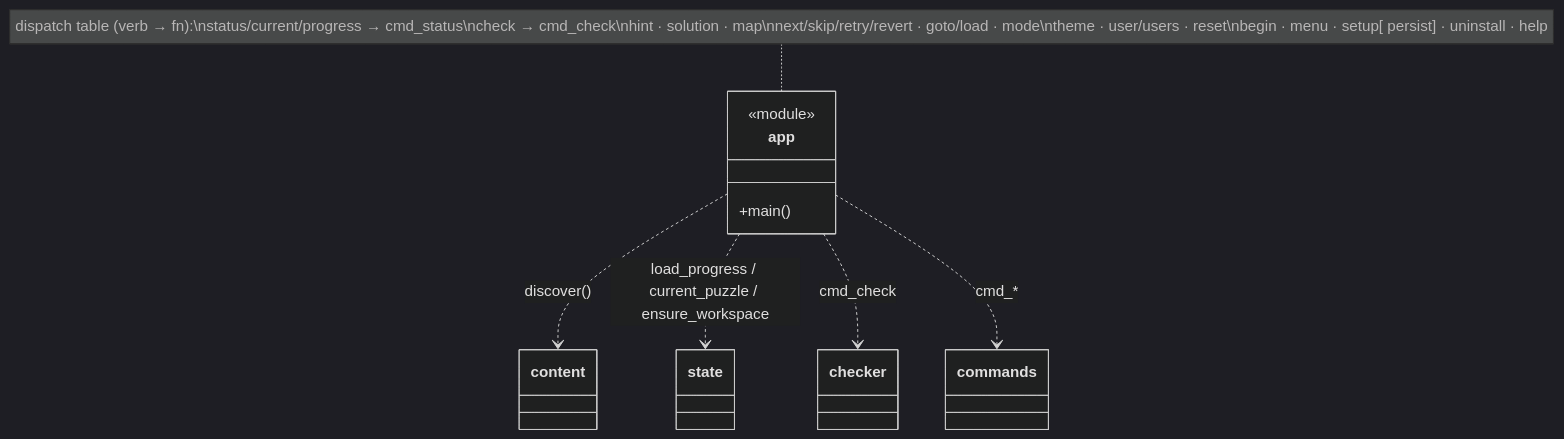
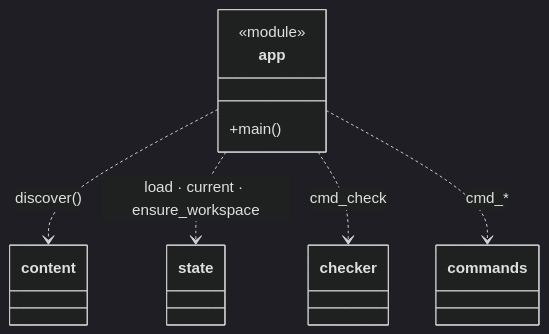
One commit to N041M/PyQuest changed the second of 9 diagrams in docs/architecture/engine-core.md. Above: the diagram before and after it, drawn with Mermaid (dark theme). The commit also changed other lines of this file and 5 other files, not shown here.

First line of the commit message:
Polish architecture diagrams; add puzzle-consumption view

````diff
--- a/docs/architecture/engine-core.md
+++ b/docs/architecture/engine-core.md
@@ -36,12 +37,11 @@
 ```mermaid
 classDiagram
     class app {
         <<module>>
         +main()
     }
-    note for app "dispatch table (verb → fn):\nstatus/current/progress → cmd_status\ncheck → cmd_check\nhint · solution · map\nnext/skip/retry/revert · goto/load · mode\ntheme · user/users · reset\nbegin · menu · setup[ persist] · uninstall · help"
     app ..> content : discover()
-    app ..> state : load_progress / current_puzzle / ensure_workspace
+    app ..> state : load · current · ensure_workspace
     app ..> checker : cmd_check
     app ..> commands : cmd_*
 ```
````
